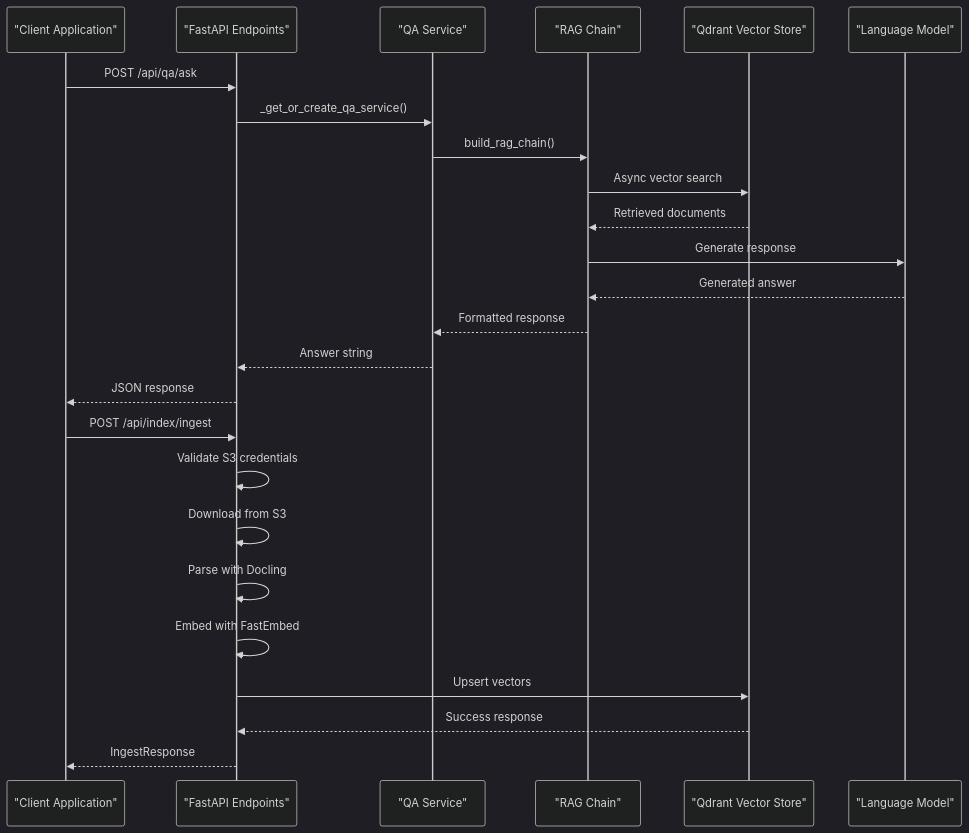
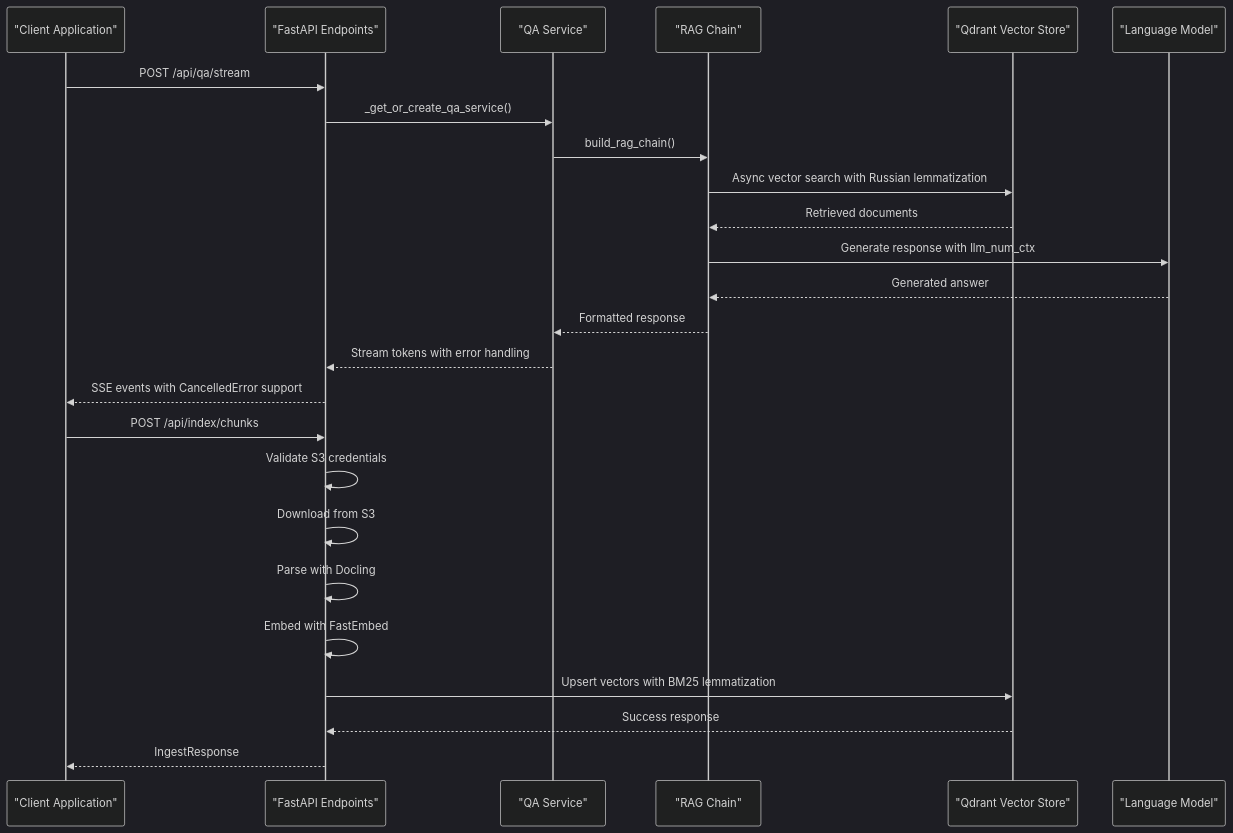
The second of 2 diagrams in .qoder/repowiki/en/content/RAG Integration/RAG Integration.md (ognelis/cafetera_hr_bot), drawn with Mermaid (dark theme) before and after one commit. The commit also changed other lines of this file and 51 other files, not shown here.

````diff
--- a/.qoder/repowiki/en/content/RAG Integration/RAG Integration.md
+++ b/.qoder/repowiki/en/content/RAG Integration/RAG Integration.md
@@ -171,27 +185,27 @@
 ```mermaid
 sequenceDiagram
 participant Client as "Client Application"
 participant API as "FastAPI Endpoints"
 participant QAService as "QA Service"
 participant RAGChain as "RAG Chain"
 participant Qdrant as "Qdrant Vector Store"
 participant LLM as "Language Model"
-Client->>API : POST /api/qa/ask
+Client->>API : POST /api/qa/stream
 API->>QAService : _get_or_create_qa_service()
 QAService->>RAGChain : build_rag_chain()
-RAGChain->>Qdrant : Async vector search
+RAGChain->>Qdrant : Async vector search with Russian lemmatization
 Qdrant-->>RAGChain : Retrieved documents
-RAGChain->>LLM : Generate response
+RAGChain->>LLM : Generate response with llm_num_ctx
 LLM-->>RAGChain : Generated answer
 RAGChain-->>QAService : Formatted response
-QAService-->>API : Answer string
-API-->>Client : JSON response
-Client->>API : POST /api/index/ingest
+QAService-->>API : Stream tokens with error handling
+API-->>Client : SSE events with CancelledError support
+Client->>API : POST /api/index/chunks
 API->>API : Validate S3 credentials
 API->>API : Download from S3
 API->>API : Parse with Docling
 API->>API : Embed with FastEmbed
-API->>Qdrant : Upsert vectors
+API->>Qdrant : Upsert vectors with BM25 lemmatization
 Qdrant-->>API : Success response
 API-->>Client : IngestResponse
 ```
````
